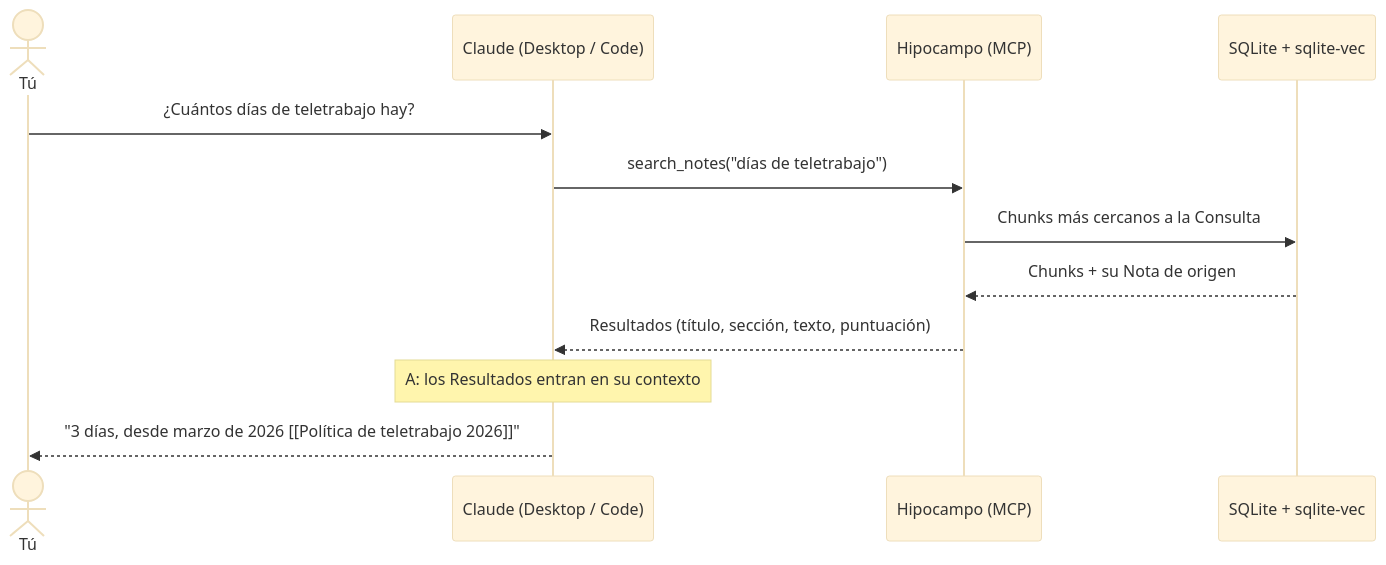
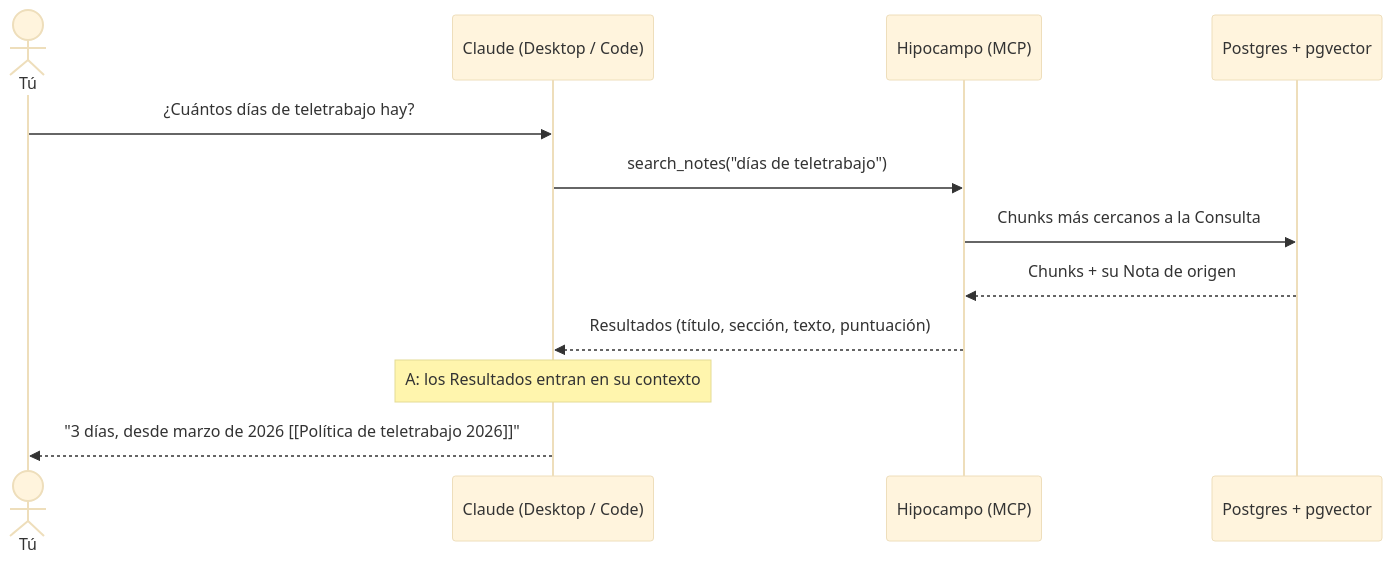
Before and after one commit to alejanfh/hipocampo: the first of 3 diagrams in README.md, drawn with Mermaid (base theme). The commit also changed other lines of this file and 4 other files, not shown here.

First line of the commit message:
Update README, SPEC, PLAN, CLAUDE.md and phase 0 notes for Postgres + pgvector

````diff
--- a/README.md
+++ b/README.md
@@ -42,15 +42,15 @@
 ```mermaid
 sequenceDiagram
     actor A as Tú
     participant C as Claude (Desktop / Code)
     participant H as Hipocampo (MCP)
-    participant DB as SQLite + sqlite-vec
+    participant DB as Postgres + pgvector
 
     A->>C: ¿Cuántos días de teletrabajo hay?
     C->>H: search_notes("días de teletrabajo")
     H->>DB: Chunks más cercanos a la Consulta
     DB-->>H: Chunks + su Nota de origen
     H-->>C: Resultados (título, sección, texto, puntuación)
     Note over C: A: los Resultados entran en su contexto
     C-->>A: "3 días, desde marzo de 2026 [[Política de teletrabajo 2026]]"
 ```
````
